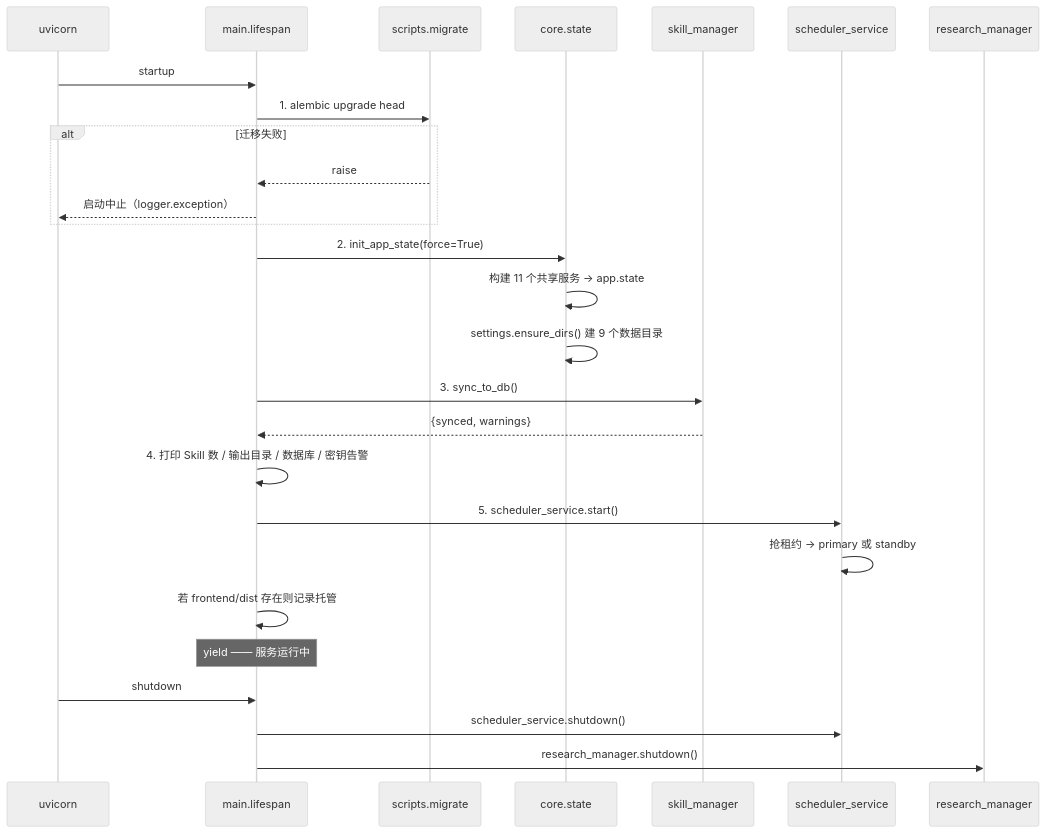
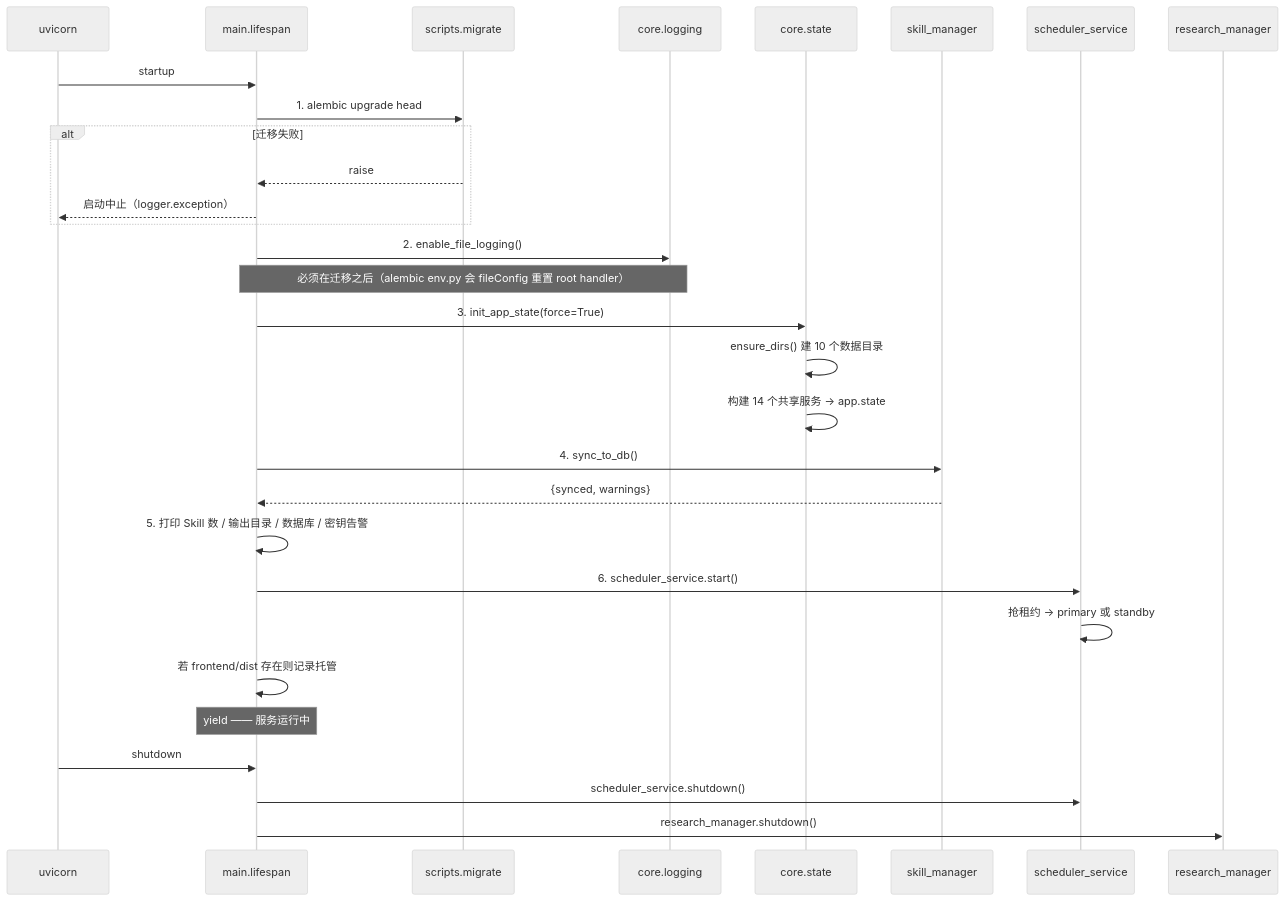
Before and after one commit to lzptouch/agent-platform: the second of 4 diagrams in doc/analysis/01_架构总览.md, drawn with Mermaid (neutral theme). The commit also changed other lines of this file and 514 other files, not shown here.

````diff
--- a/doc/analysis/01_架构总览.md
+++ b/doc/analysis/01_架构总览.md
@@ -130,30 +148,33 @@
 ```mermaid
 sequenceDiagram
     participant U as uvicorn
     participant M as main.lifespan
     participant MIG as scripts.migrate
+    participant LOG as core.logging
     participant ST as core.state
     participant SM as skill_manager
     participant SC as scheduler_service
     participant RM as research_manager
 
     U->>M: startup
     M->>MIG: 1. alembic upgrade head
     alt 迁移失败
         MIG-->>M: raise
         M-->>U: 启动中止（logger.exception）
     end
-    M->>ST: 2. init_app_state(force=True)
-    ST->>ST: 构建 11 个共享服务 → app.state
-    ST->>ST: settings.ensure_dirs() 建 9 个数据目录
-    M->>SM: 3. sync_to_db()
+    M->>LOG: 2. enable_file_logging()
+    Note over M,LOG: 必须在迁移之后（alembic env.py 会 fileConfig 重置 root handler）
+    M->>ST: 3. init_app_state(force=True)
+    ST->>ST: ensure_dirs() 建 10 个数据目录
+    ST->>ST: 构建 14 个共享服务 → app.state
+    M->>SM: 4. sync_to_db()
     SM-->>M: {synced, warnings}
-    M->>M: 4. 打印 Skill 数 / 输出目录 / 数据库 / 密钥告警
-    M->>SC: 5. scheduler_service.start()
+    M->>M: 5. 打印 Skill 数 / 输出目录 / 数据库 / 密钥告警
+    M->>SC: 6. scheduler_service.start()
     SC->>SC: 抢租约 → primary 或 standby
     M->>M: 若 frontend/dist 存在则记录托管
     Note over M: yield —— 服务运行中
     U->>M: shutdown
     M->>SC: scheduler_service.shutdown()
     M->>RM: research_manager.shutdown()
 ```
````
